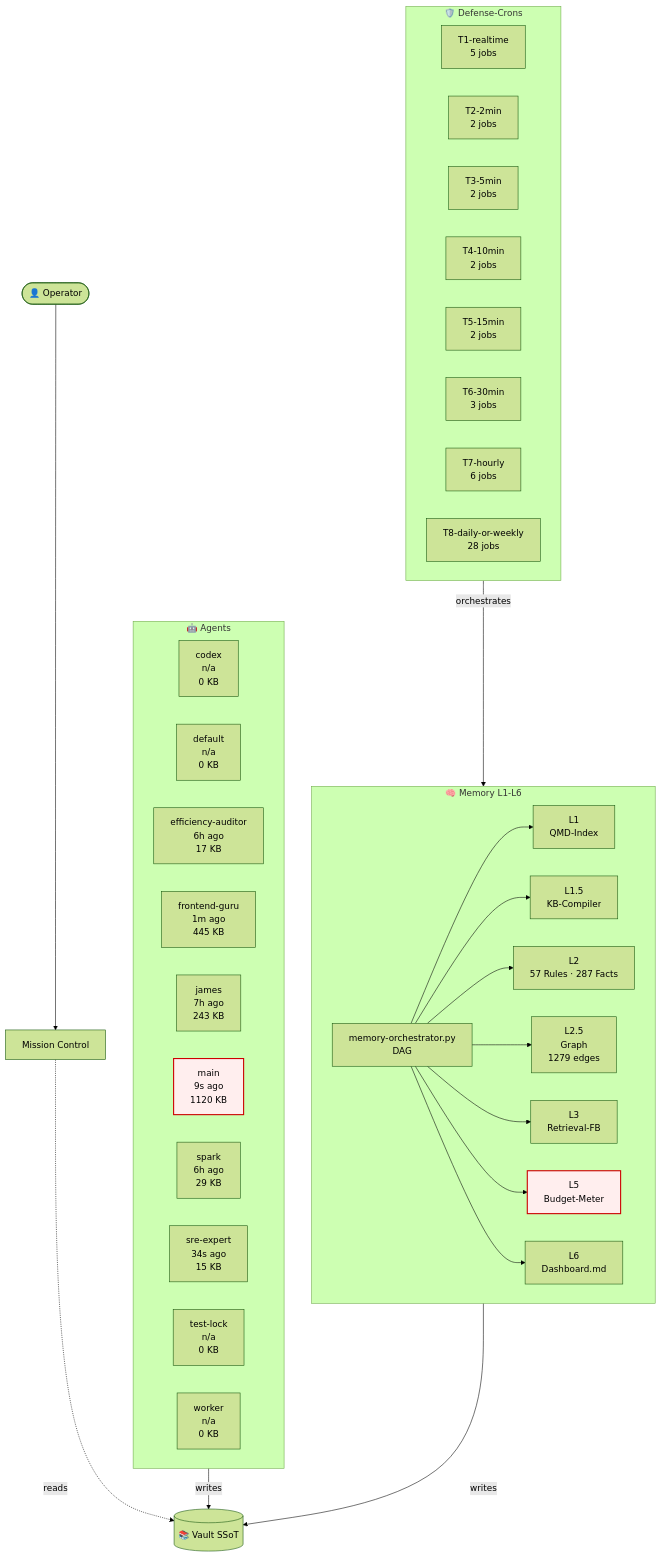
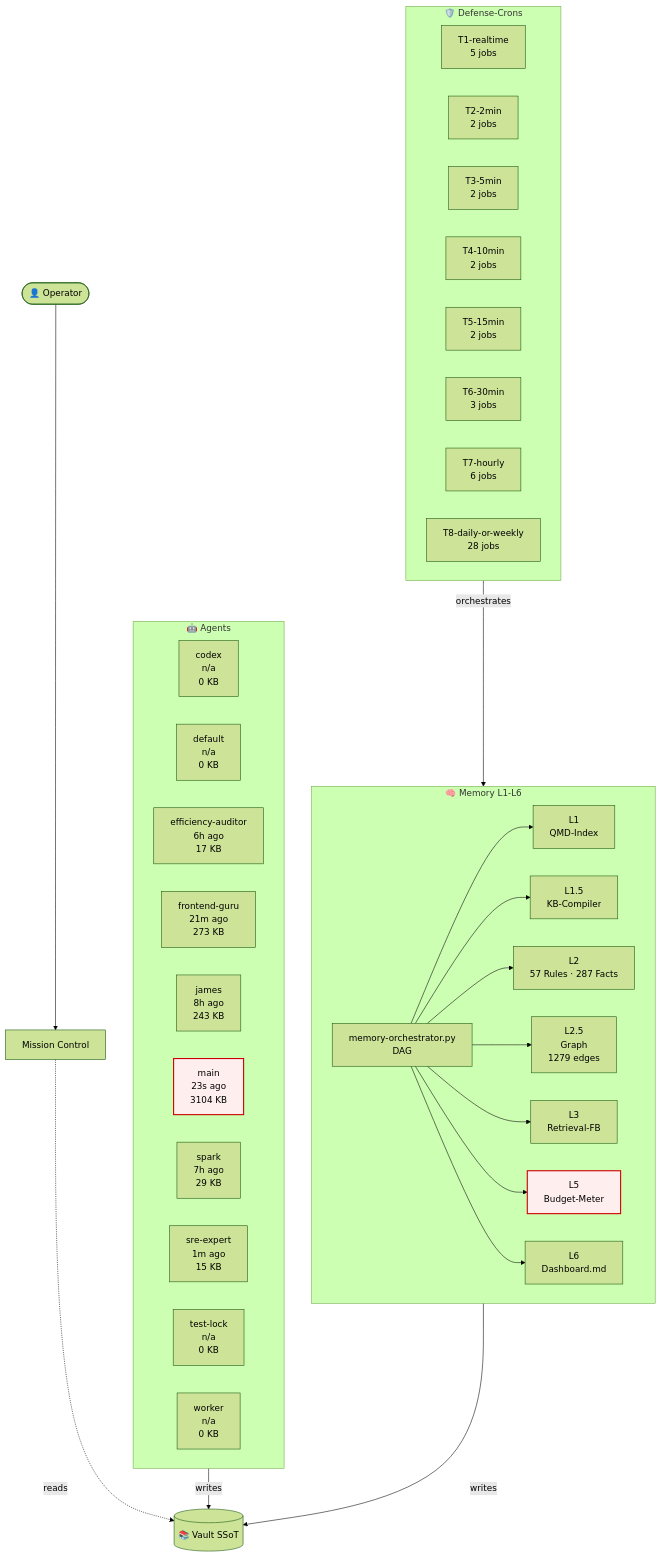
The diagram in 03-Agents/architecture-live.md (lenardhuebner88-rgb/openclaw-memory), drawn with Mermaid (forest theme) before and after one commit. The commit also changed other lines of this file and 21 other files, not shown here.

````diff
--- a/03-Agents/architecture-live.md
+++ b/03-Agents/architecture-live.md
@@ -18,53 +18,53 @@
 ```mermaid
 flowchart TB
     classDef critical fill:#fee,stroke:#c00,stroke-width:2px;
     subgraph AGT["🤖 Agents"]
         agent_codex["codex<br/>n/a<br/>0 KB"]
         agent_default["default<br/>n/a<br/>0 KB"]
         agent_efficiency_auditor["efficiency-auditor<br/>6h ago<br/>17 KB"]
-        agent_frontend_guru["frontend-guru<br/>1m ago<br/>445 KB"]
-        agent_james["james<br/>7h ago<br/>243 KB"]
-        agent_main["main<br/>9s ago<br/>1120 KB"]
-        agent_spark["spark<br/>6h ago<br/>29 KB"]
-        agent_sre_expert["sre-expert<br/>34s ago<br/>15 KB"]
+        agent_frontend_guru["frontend-guru<br/>21m ago<br/>273 KB"]
+        agent_james["james<br/>8h ago<br/>243 KB"]
+        agent_main["main<br/>23s ago<br/>3104 KB"]
+        agent_spark["spark<br/>7h ago<br/>29 KB"]
+        agent_sre_expert["sre-expert<br/>1m ago<br/>15 KB"]
         agent_test_lock["test-lock<br/>n/a<br/>0 KB"]
         agent_worker["worker<br/>n/a<br/>0 KB"]
     end
     subgraph MEM["🧠 Memory L1-L6"]
         L1["L1<br/>QMD-Index"]
         L15["L1.5<br/>KB-Compiler"]
         L2["L2<br/>57 Rules · 287 Facts"]
         L25["L2.5<br/>Graph<br/>1279 edges"]
         L3["L3<br/>Retrieval-FB"]
         L5["L5<br/>Budget-Meter"]
         L6["L6<br/>Dashboard.md"]
         ORCH["memory-orchestrator.py<br/>DAG"]
     end
     subgraph CRN["🛡️ Defense-Crons"]
         tier_T1_realtime["T1-realtime<br/>5 jobs"]
         tier_T2_2min["T2-2min<br/>2 jobs"]
         tier_T3_5min["T3-5min<br/>2 jobs"]
         tier_T4_10min["T4-10min<br/>2 jobs"]
         tier_T5_15min["T5-15min<br/>2 jobs"]
         tier_T6_30min["T6-30min<br/>3 jobs"]
         tier_T7_hourly["T7-hourly<br/>6 jobs"]
         tier_T8_daily_or_weekly["T8-daily-or-weekly<br/>28 jobs"]
     end
     VAULT[("📚 Vault SSoT")]
     OP([👤 Operator])
     MC["Mission Control"]
     OP --> MC
     MC -.reads.-> VAULT
     AGT -->|writes| VAULT
     MEM -->|writes| VAULT
     ORCH --> L1
     ORCH --> L15
     ORCH --> L2
     ORCH --> L25
     ORCH --> L3
     ORCH --> L5
     ORCH --> L6
     CRN -->|orchestrates| MEM
     class L5 critical
     class agent_main critical
 ```
````
